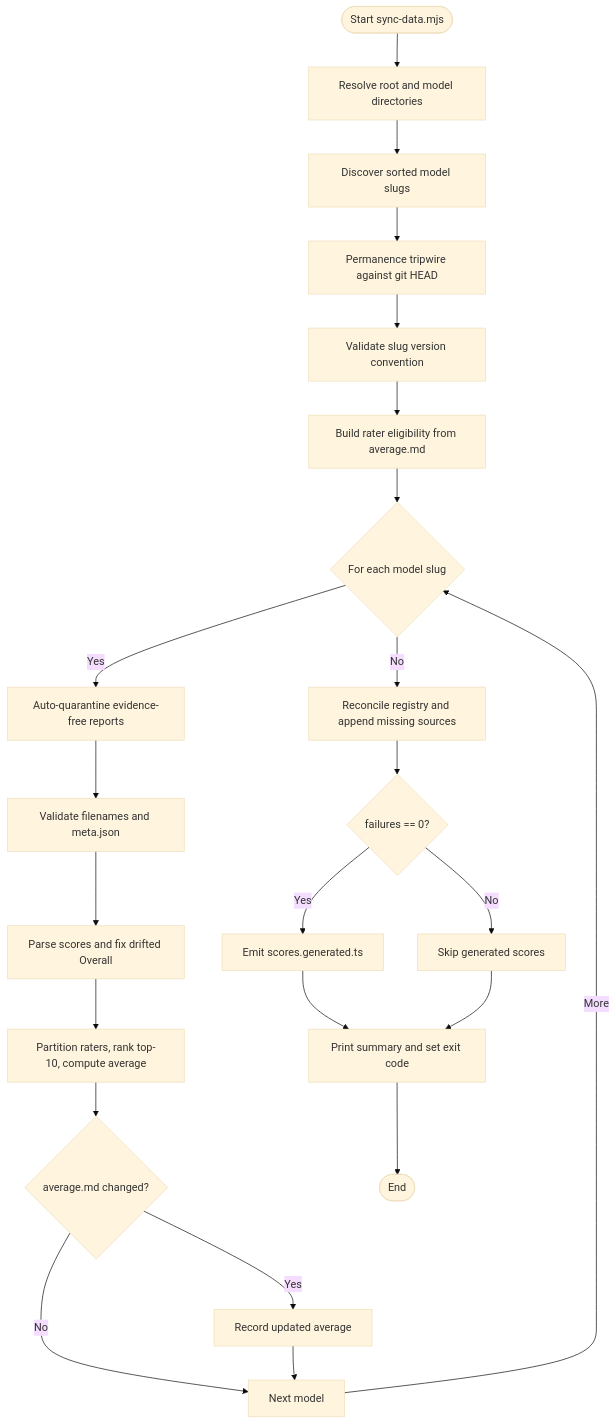
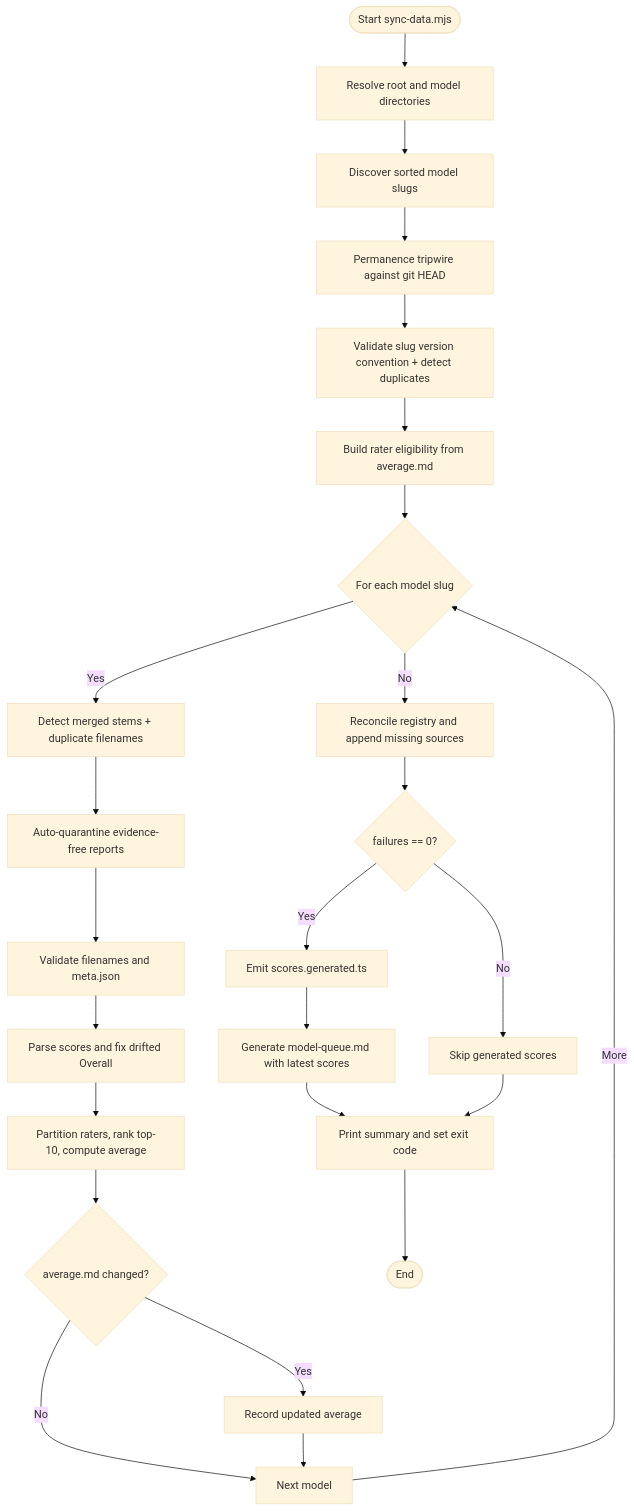
One commit to delirium-dj/modelcomp changed the second of 9 diagrams in .qoder/repowiki/en/content/Data Management System/Data Synchronization Pipeline/Sync Script Overview.md. Above: the diagram before and after it, drawn with Mermaid (base theme). The commit also changed other lines of this file and 147 other files, not shown here.

````diff
--- a/.qoder/repowiki/en/content/Data Management System/Data Synchronization Pipeline/Sync Script Overview.md
+++ b/.qoder/repowiki/en/content/Data Management System/Data Synchronization Pipeline/Sync Script Overview.md
@@ -116,25 +147,27 @@
 ```mermaid
 flowchart TD
 Start(["Start sync-data.mjs"]) --> Roots["Resolve root and model directories"]
 Roots --> Slugs["Discover sorted model slugs"]
 Slugs --> Tripwire["Permanence tripwire against git HEAD"]
-Tripwire --> SlugCheck["Validate slug version convention"]
+Tripwire --> SlugCheck["Validate slug version convention + detect duplicates"]
 SlugCheck --> Raters["Build rater eligibility from average.md"]
 Raters --> LoopModels{"For each model slug"}
-LoopModels --> |Yes| Quarantine["Auto-quarantine evidence-free reports"]
+LoopModels --> |Yes| StemCheck["Detect merged stems + duplicate filenames"]
+StemCheck --> Quarantine["Auto-quarantine evidence-free reports"]
 Quarantine --> Hygiene["Validate filenames and meta.json"]
 Hygiene --> ParseScores["Parse scores and fix drifted Overall"]
 ParseScores --> Cohort["Partition raters, rank top-10, compute average"]
 Cohort --> WriteAvg{"average.md changed?"}
 WriteAvg --> |Yes| UpdateList["Record updated average"]
 WriteAvg --> |No| NextModel["Next model"]
 UpdateList --> NextModel
 NextModel --> |More| LoopModels
 LoopModels --> |No| Registry["Reconcile registry and append missing sources"]
 Registry --> GenScores{"failures == 0?"}
 GenScores --> |Yes| Emit["Emit scores.generated.ts"]
 GenScores --> |No| SkipGen["Skip generated scores"]
-Emit --> Summary["Print summary and set exit code"]
+Emit --> Queue["Generate model-queue.md with latest scores"]
+Queue --> Summary["Print summary and set exit code"]
 SkipGen --> Summary
 Summary --> End(["End"])
 ```
````
